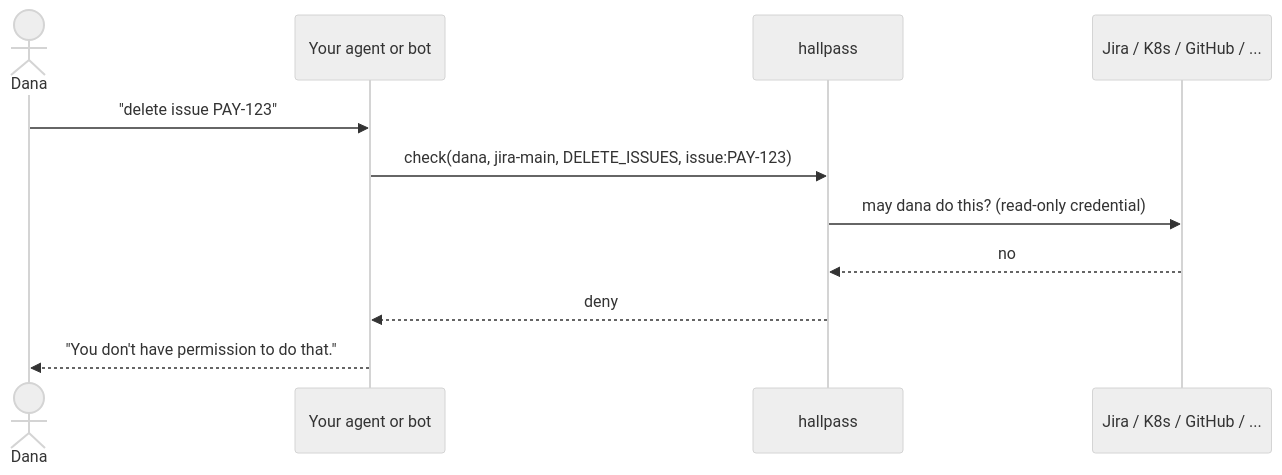
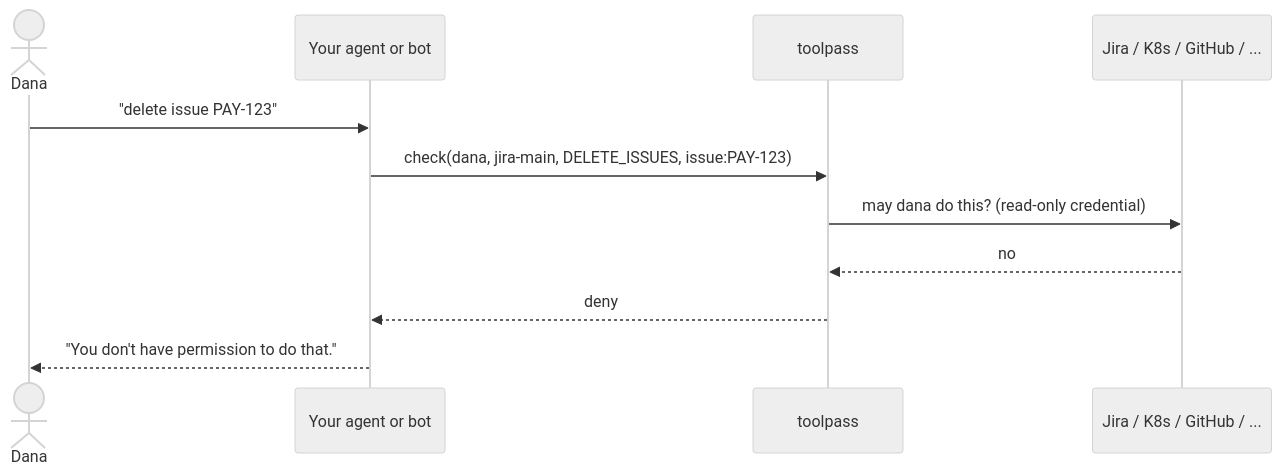
One commit to roee-hersh/hallpass changed the diagram in docs/permission-checks.md. Above: the diagram before and after it, drawn with Mermaid (neutral theme). The commit also changed other lines of this file and 768 other files, not shown here.

````diff
--- a/docs/permission-checks.md
+++ b/docs/permission-checks.md
@@ -51,13 +51,13 @@
 ```mermaid
 sequenceDiagram
     actor Dana
     participant Agent as Your agent or bot
-    participant HP as hallpass
+    participant HP as toolpass
     participant Sys as Jira / K8s / GitHub / ...
     Dana->>Agent: "delete issue PAY-123"
     Agent->>HP: check(dana, jira-main, DELETE_ISSUES, issue:PAY-123)
     HP->>Sys: may dana do this? (read-only credential)
     Sys-->>HP: no
     HP-->>Agent: deny
     Agent-->>Dana: "You don't have permission to do that."
 ```
````
